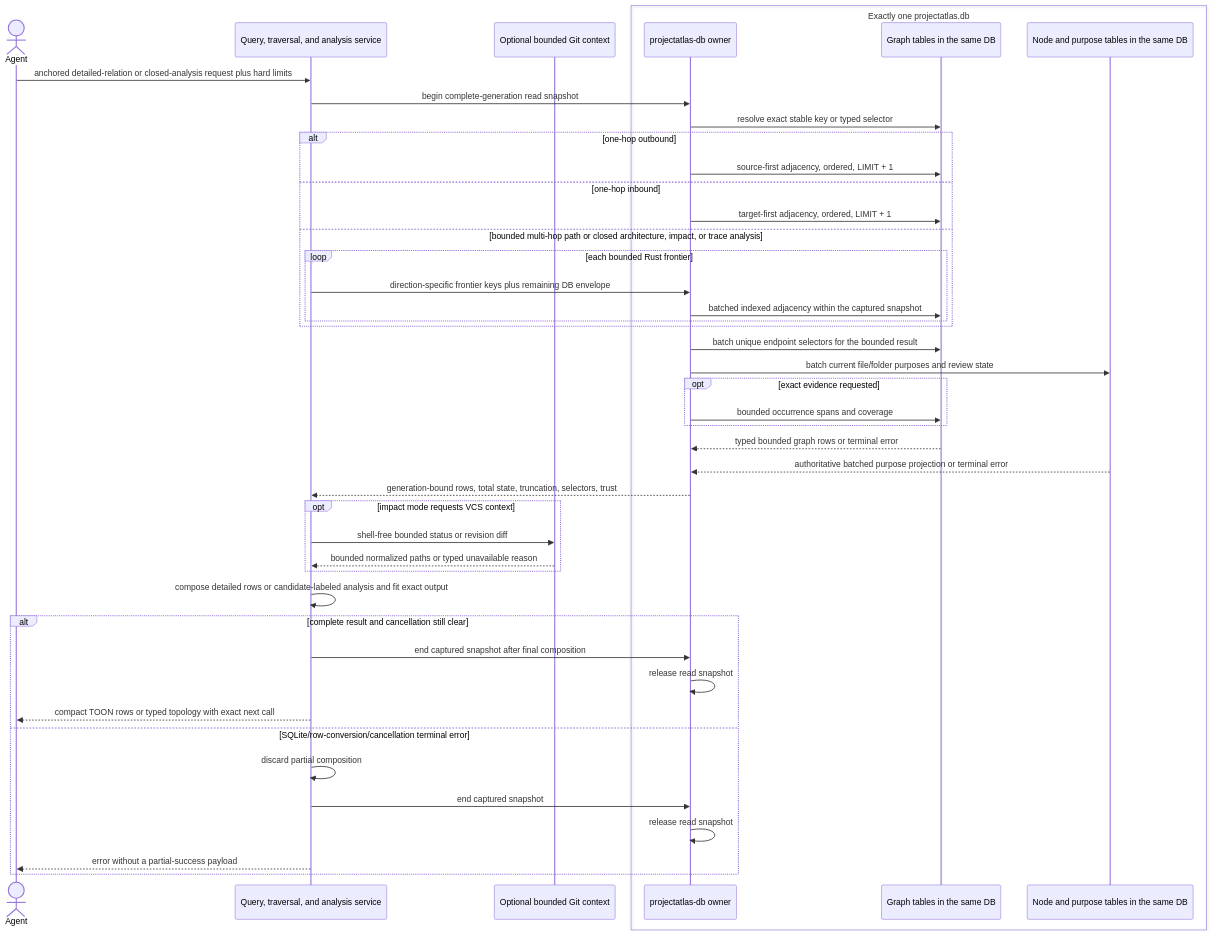
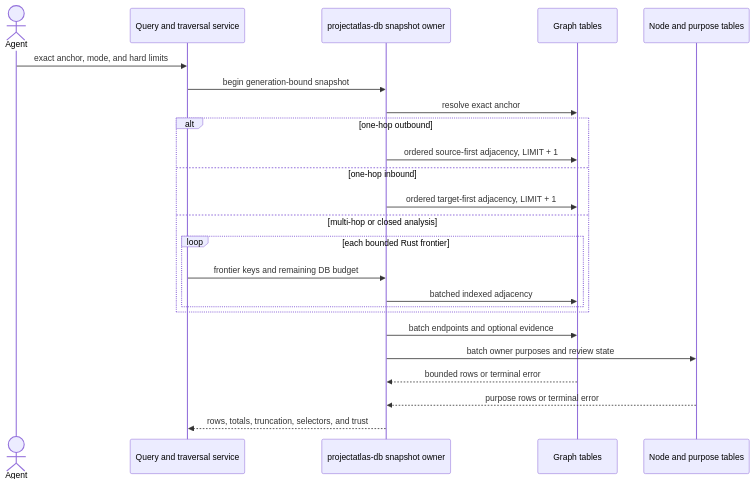
The fifth of 22 diagrams in docs/projectatlas-3-architecture.md (styler-ai/ProjectAtlas), drawn with Mermaid before and after one commit. The commit also changed other lines of this file and 11 other files, not shown here.

````diff
--- a/docs/projectatlas-3-architecture.md
+++ b/docs/projectatlas-3-architecture.md
@@ -551,48 +553,27 @@
 ```mermaid
 sequenceDiagram
     actor Agent
-    participant Service as Query, traversal, and analysis service
-    participant Git as Optional bounded Git context
-    box Exactly one projectatlas.db
-        participant DB as projectatlas-db owner
-        participant Graph as Graph tables in the same DB
-        participant Atlas as Node and purpose tables in the same DB
-    end
+    participant Service as Query and traversal service
+    participant DB as projectatlas-db snapshot owner
+    participant Graph as Graph tables
+    participant Purpose as Node and purpose tables
 
-    Agent->>Service: anchored detailed-relation or closed-analysis request plus hard limits
-    Service->>DB: begin complete-generation read snapshot
-    DB->>Graph: resolve exact stable key or typed selector
+    Agent->>Service: exact anchor, mode, and hard limits
+    Service->>DB: begin generation-bound snapshot
+    DB->>Graph: resolve exact anchor
     alt one-hop outbound
-        DB->>Graph: source-first adjacency, ordered, LIMIT + 1
+        DB->>Graph: ordered source-first adjacency, LIMIT + 1
     else one-hop inbound
-        DB->>Graph: target-first adjacency, ordered, LIMIT + 1
-    else bounded multi-hop path or closed architecture, impact, or trace analysis
+        DB->>Graph: ordered target-first adjacency, LIMIT + 1
+    else multi-hop or closed analysis
         loop each bounded Rust frontier
-            Service->>DB: direction-specific frontier keys plus remaining DB envelope
-            DB->>Graph: batched indexed adjacency within the captured snapshot
+            Service->>DB: frontier keys and remaining DB budget
+            DB->>Graph: batched indexed adjacency
         end
     end
-    DB->>Graph: batch unique endpoint selectors for the bounded result
-    DB->>Atlas: batch current file/folder purposes and review state
-    opt exact evidence requested
-        DB->>Graph: bounded occurrence spans and coverage
-    end
-    Graph-->>DB: typed bounded graph rows or terminal error
-    Atlas-->>DB: authoritative batched purpose projection or terminal error
-    DB-->>Service: generation-bound rows, total state, truncation, selectors, trust
-    opt impact mode requests VCS context
-        Service->>Git: shell-free bounded status or revision diff
-        Git-->>Service: bounded normalized paths or typed unavailable reason
-    end
-    Service->>Service: compose detailed rows or candidate-labeled analysis and fit exact output
-    alt complete result and cancellation still clear
-        Service->>DB: end captured snapshot after final composition
-        DB->>DB: release read snapshot
-        Service-->>Agent: compact TOON rows or typed topology with exact next call
-    else SQLite/row-conversion/cancellation terminal error
-        Service->>Service: discard partial composition
-        Service->>DB: end captured snapshot
-        DB->>DB: release read snapshot
-        Service-->>Agent: error without a partial-success payload
-    end
+    DB->>Graph: batch endpoints and optional evidence
+    DB->>Purpose: batch owner purposes and review state
+    Graph-->>DB: bounded rows or terminal error
+    Purpose-->>DB: purpose rows or terminal error
+    DB-->>Service: rows, totals, truncation, selectors, and trust
 ```
````
